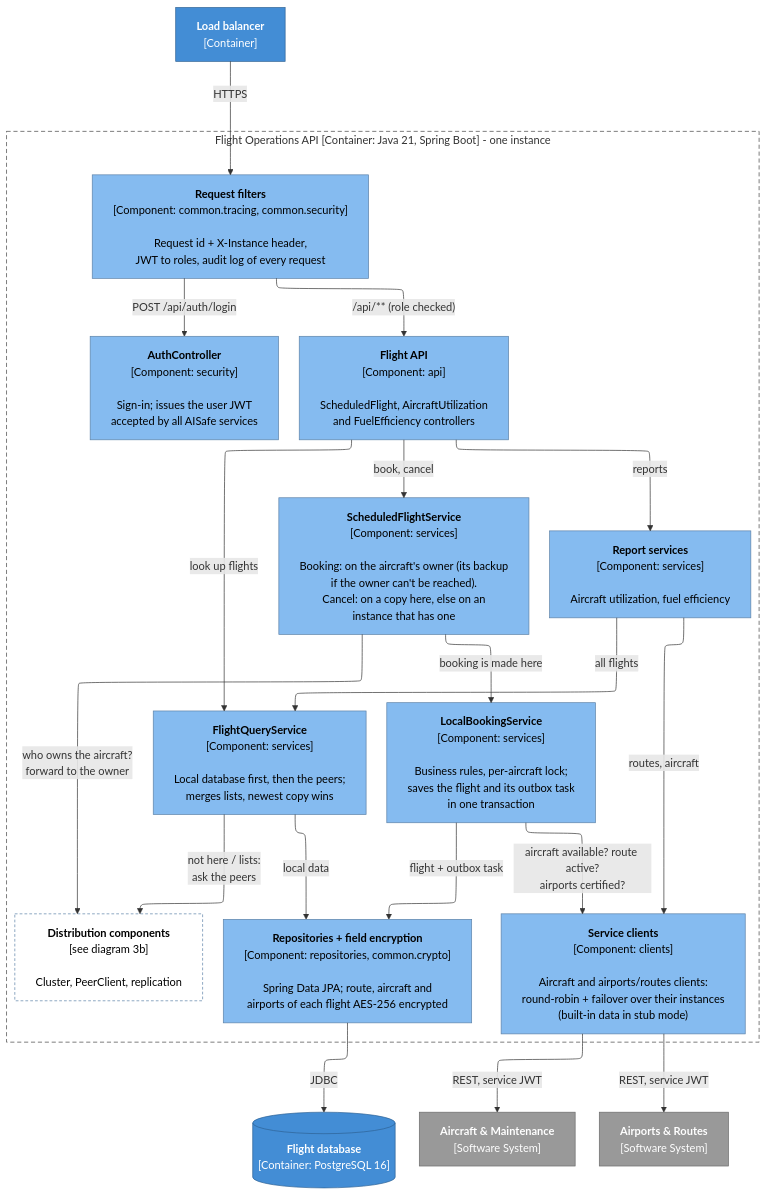
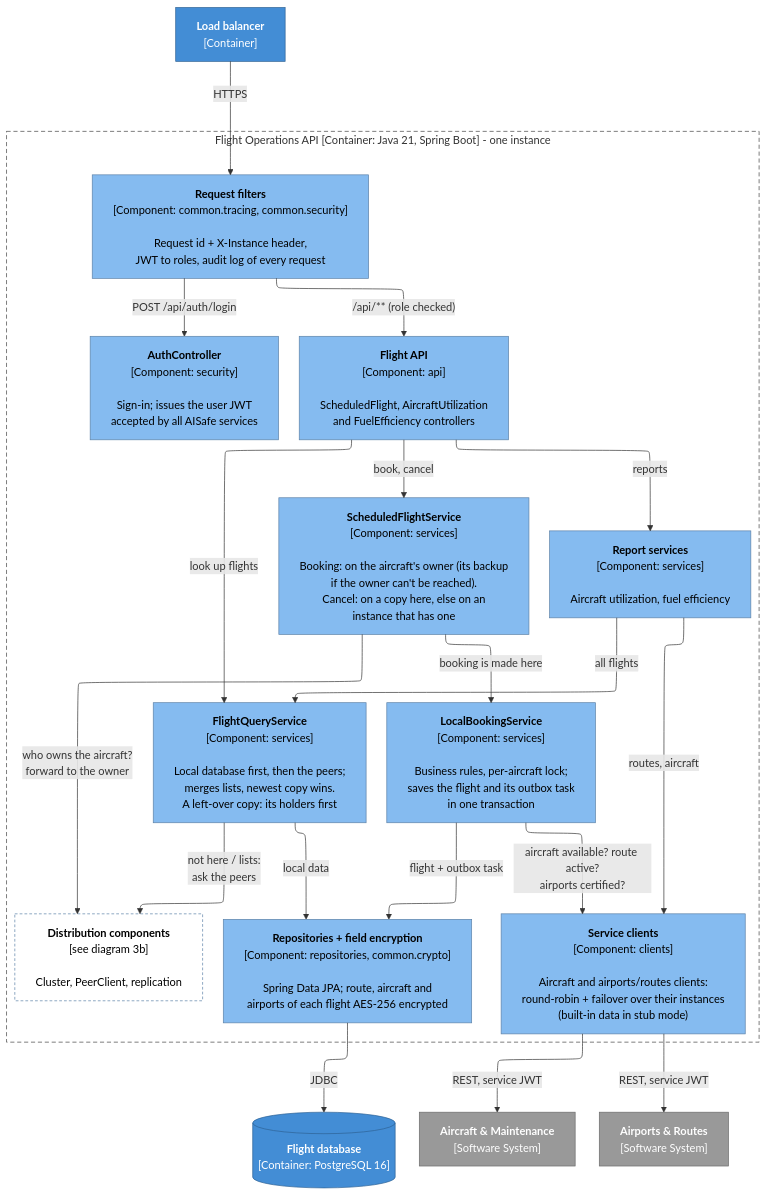
Before and after one commit to ImJay1527/flight-operations-service: the diagram in docs/c4/3a-components-requests.mmd, drawn with Mermaid. The commit also changed 19 other files, not shown here.

```diff
--- a/docs/c4/3a-components-requests.mmd
+++ b/docs/c4/3a-components-requests.mmd
@@ -1,55 +1,55 @@
 ---
 config:
   layout: elk
   flowchart:
     wrappingWidth: 400
 ---
 %% C4 Level 3a - Components of the Flight Operations API: the path of a client request (bookings, queries, reports)
 flowchart TB
     lb["<b>Load balancer</b><br/>[Container]"]
 
     subgraph API["Flight Operations API [Container: Java 21, Spring Boot] - one instance"]
         direction TB
         filters["<b>Request filters</b><br/>[Component: common.tracing, common.security]<br/><br/>Request id + X-Instance header,<br/>JWT to roles, audit log of every request"]
         auth["<b>AuthController</b><br/>[Component: security]<br/><br/>Sign-in; issues the user JWT<br/>accepted by all AISafe services"]
         flightApi["<b>Flight API</b><br/>[Component: api]<br/><br/>ScheduledFlight, AircraftUtilization<br/>and FuelEfficiency controllers"]
         sfs["<b>ScheduledFlightService</b><br/>[Component: services]<br/><br/>Booking: on the aircraft's owner (its backup<br/>if the owner can't be reached).<br/>Cancel: on a copy here, else on an<br/>instance that has one"]
         lbs["<b>LocalBookingService</b><br/>[Component: services]<br/><br/>Business rules, per-aircraft lock;<br/>saves the flight and its outbox task<br/>in one transaction"]
-        query["<b>FlightQueryService</b><br/>[Component: services]<br/><br/>Local database first, then the peers;<br/>merges lists, newest copy wins"]
+        query["<b>FlightQueryService</b><br/>[Component: services]<br/><br/>Local database first, then the peers;<br/>merges lists, newest copy wins.<br/>A left-over copy: its holders first"]
         reports["<b>Report services</b><br/>[Component: services]<br/><br/>Aircraft utilization, fuel efficiency"]
         clients["<b>Service clients</b><br/>[Component: clients]<br/><br/>Aircraft and airports/routes clients:<br/>round-robin + failover over their instances<br/>(built-in data in stub mode)"]
         repos["<b>Repositories + field encryption</b><br/>[Component: repositories, common.crypto]<br/><br/>Spring Data JPA; route, aircraft and<br/>airports of each flight AES-256 encrypted"]
         dist["<b>Distribution components</b><br/>[see diagram 3b]<br/><br/>Cluster, PeerClient, replication"]
     end
 
     db[("<b>Flight database</b><br/>[Container: PostgreSQL 16]")]
     am["<b>Aircraft & Maintenance</b><br/>[Software System]"]
     ar["<b>Airports & Routes</b><br/>[Software System]"]
 
     lb -->|"HTTPS"| filters
     filters -->|"POST /api/auth/login"| auth
     filters -->|"/api/** (role checked)"| flightApi
     flightApi -->|"book, cancel"| sfs
     flightApi -->|"look up flights"| query
     flightApi -->|"reports"| reports
     sfs -->|"who owns the aircraft?<br/>forward to the owner"| dist
     sfs -->|"booking is made here"| lbs
     lbs -->|"aircraft available? route active?<br/>airports certified?"| clients
     lbs -->|"flight + outbox task"| repos
     query -->|"local data"| repos
     query -->|"not here / lists:<br/>ask the peers"| dist
     reports -->|"all flights"| query
     reports -->|"routes, aircraft"| clients
     repos -->|"JDBC"| db
     clients -->|"REST, service JWT"| am
     clients -->|"REST, service JWT"| ar
 
     classDef component fill:#85bbf0,stroke:#5d82a8,color:#000000
     classDef container fill:#438dd5,stroke:#2e6295,color:#ffffff
     classDef external fill:#999999,stroke:#6b6b6b,color:#ffffff
     classDef elsewhere fill:#ffffff,stroke:#5d82a8,color:#000000,stroke-dasharray:4 3
     class filters,auth,flightApi,sfs,lbs,query,reports,clients,repos component
     class dist elsewhere
     class lb,db container
     class am,ar external
     style API fill:none,stroke:#444444,stroke-dasharray:6 4
```
